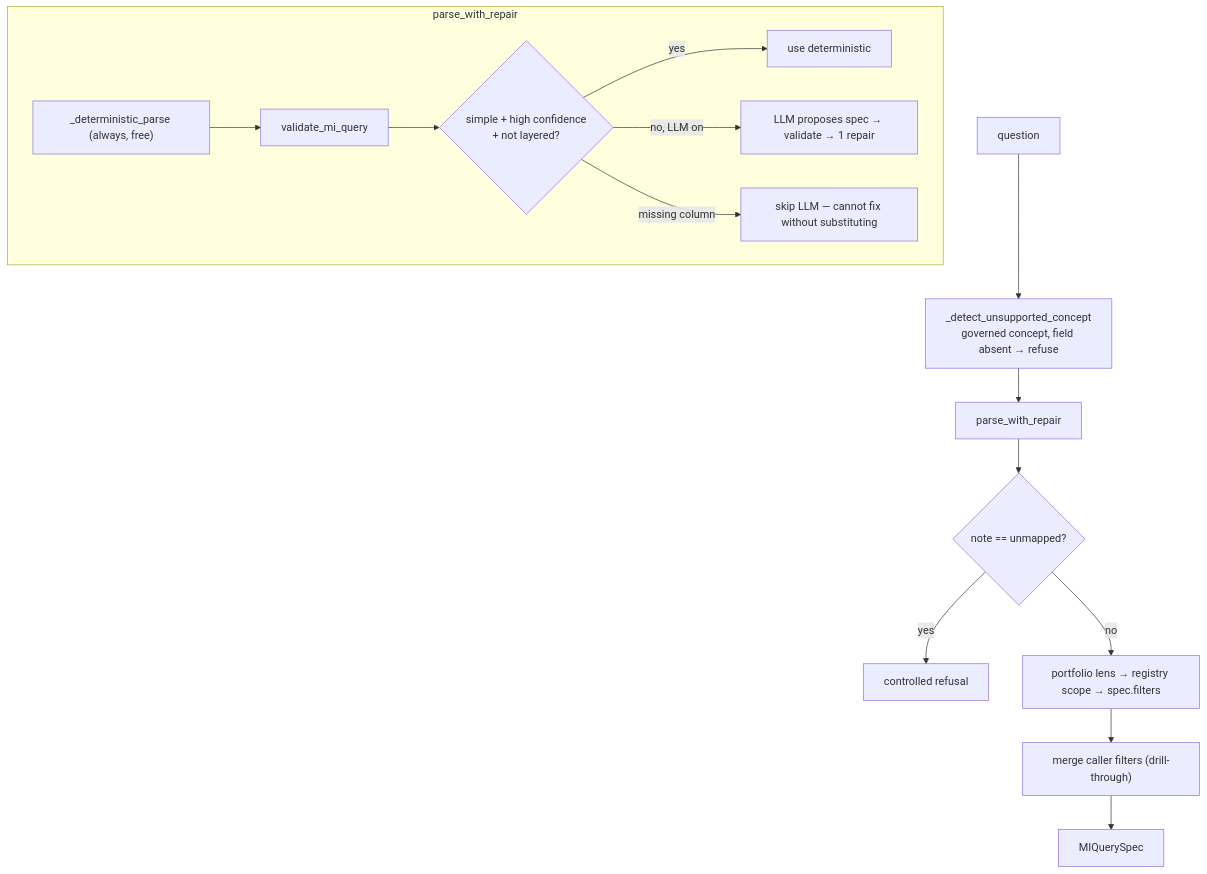
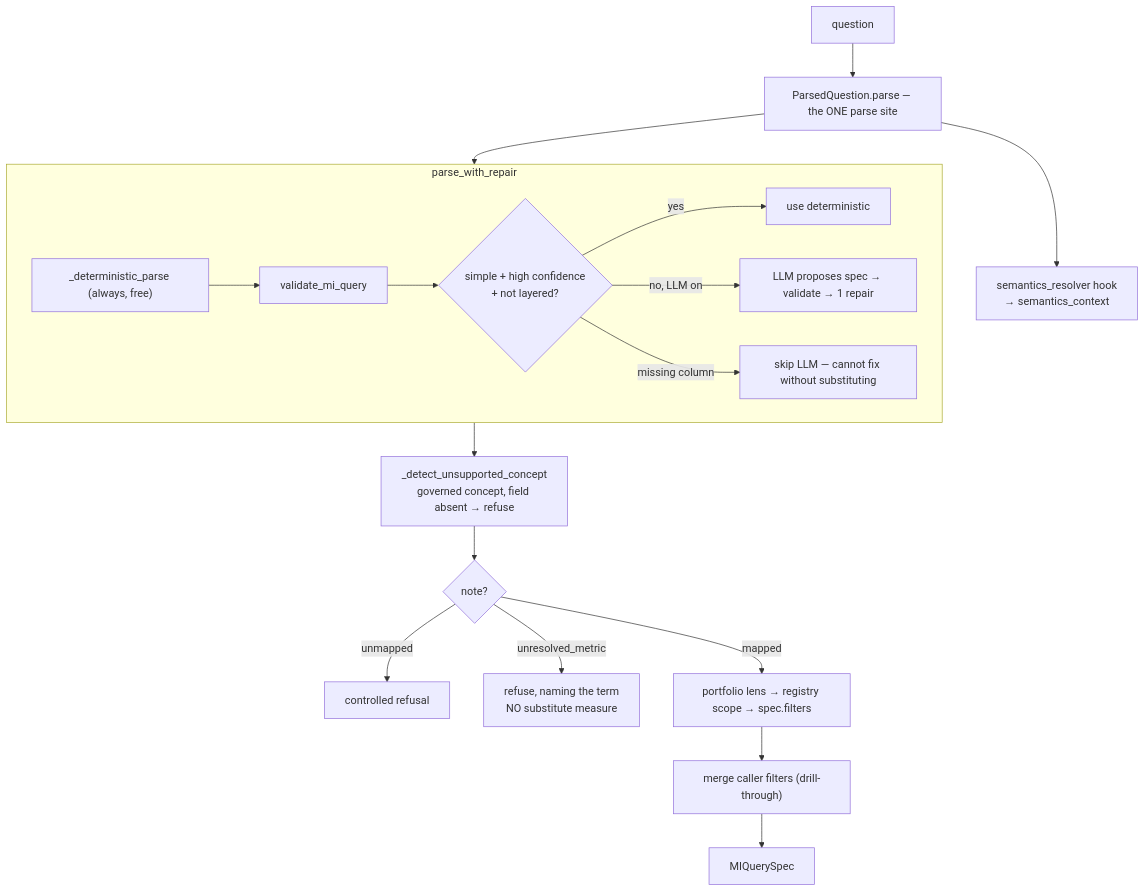
One commit to joshua1602-svg/trakt changed the fourth of 8 diagrams in docs/mi_query_agent_architecture.md. Above: the diagram before and after it, drawn with Mermaid. The commit also changed other lines of this file and 9 other files, not shown here.

````diff
--- a/docs/mi_query_agent_architecture.md
+++ b/docs/mi_query_agent_architecture.md
@@ -259,19 +290,22 @@
 ```mermaid
 flowchart TB
-  Q["question"] --> UNS["_detect_unsupported_concept<br/>governed concept, field absent → refuse"]
-  UNS --> PWR["parse_with_repair"]
+  Q["question"] --> PQ["ParsedQuestion.parse — the ONE parse site"]
 
   subgraph pwr["parse_with_repair"]
     DET["_deterministic_parse (always, free)"] --> DV["validate_mi_query"]
     DV --> Z{"simple + high confidence<br/>+ not layered?"}
     Z -->|yes| USE["use deterministic"]
     Z -->|no, LLM on| LLM["LLM proposes spec → validate → 1 repair"]
     Z -->|missing column| SKIP["skip LLM — cannot fix without substituting"]
   end
 
-  PWR --> UNMAP{"note == unmapped?"}
-  UNMAP -->|yes| REFUSE["controlled refusal"]
-  UNMAP -->|no| LENS["portfolio lens → registry scope → spec.filters"]
+  PQ --> pwr
+  PQ --> BSR["semantics_resolver hook<br/>→ semantics_context"]
+  pwr --> UNS["_detect_unsupported_concept<br/>governed concept, field absent → refuse"]
+  UNS --> UNMAP{"note?"}
+  UNMAP -->|unmapped| REFUSE["controlled refusal"]
+  UNMAP -->|unresolved_metric| REFUSE2["refuse, naming the term<br/>NO substitute measure"]
+  UNMAP -->|mapped| LENS["portfolio lens → registry scope → spec.filters"]
   LENS --> DRILL["merge caller filters (drill-through)"]
   DRILL --> SPEC["MIQuerySpec"]
 ```
````
